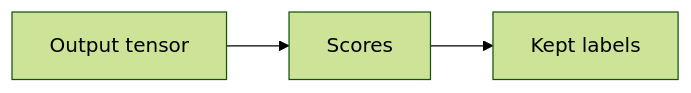
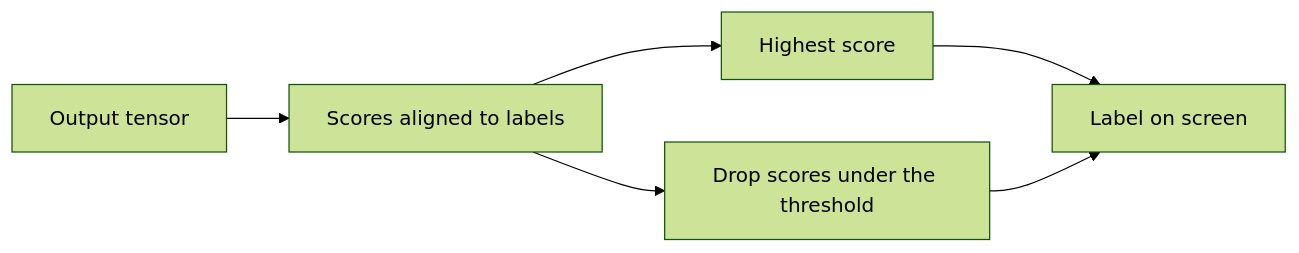
The diagram in lab-outputs/README.md (mohamedmabrouk582/Android-Ai-Lab), drawn with Mermaid (forest theme) before and after one commit. The commit also changed other lines of this file and 41 other files, not shown here.

````diff
--- a/lab-outputs/README.md
+++ b/lab-outputs/README.md
@@ -13,4 +25,8 @@
 ```mermaid
 flowchart LR
-  n0["Output tensor"] --> n1["Scores"] --> n2["Kept labels"]
+  buffer["Output tensor"] --> scores["Scores aligned to labels"]
+  scores --> top["Highest score"]
+  scores --> cut["Drop scores under the threshold"]
+  top --> ui["Label on screen"]
+  cut --> ui
 ```
````
